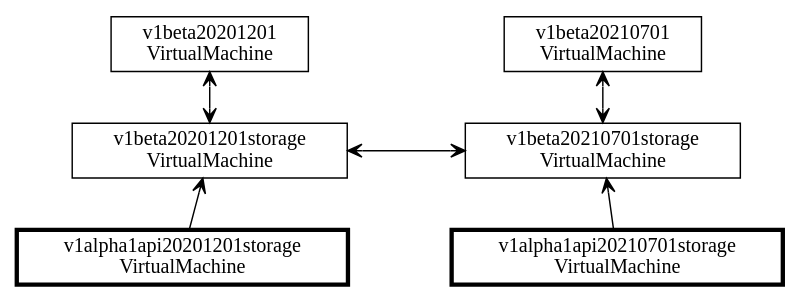
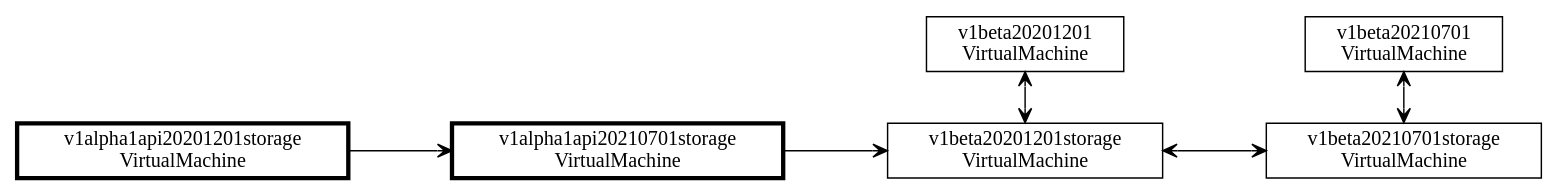
The diagram in docs/hugo/content/architecture-decision-records/images/adr-2022-02-backward-compatibility-multiple-version.dot (Azure/azure-service-operator), drawn with Graphviz before and after one commit. The commit also changed 3 other files, not shown here.

Commit message:
Update diagrams

```diff
--- a/docs/hugo/content/architecture-decision-records/images/adr-2022-02-backward-compatibility-multiple-version.dot
+++ b/docs/hugo/content/architecture-decision-records/images/adr-2022-02-backward-compatibility-multiple-version.dot
@@ -1,48 +1,44 @@
 graph {
     nodesep="1"
 
     subgraph apiVersions {
         rank=same;
 
         node [shape=rect]
         v1beta20201201 [label="v1beta20201201\nVirtualMachine"]
 
         node [shape=rect]
         v1beta20210701 [label="v1beta20210701\nVirtualMachine"]
     }
 
     subgraph storageVersions {
         rank=same;
 
         node [shape=rect]
         v1beta20201201storage [label="v1beta20201201storage\nVirtualMachine"]
 
         node [shape=rect]
         v1beta20210701storage [label="v1beta20210701storage\nVirtualMachine"]
-    }
-
-    subgraph compatVersions {
-        rank=same;
 
         node [shape=rect, penwidth=3]
         v1alpha1api20201201storage [label="v1alpha1api20201201storage\nVirtualMachine"]
 
         node [shape=rect, penwidth=3]
         v1alpha1api20210701storage [label="v1alpha1api20210701storage\nVirtualMachine"]
     }
 
     edge [arrowhead=vee, arrowtail=vee, dir=both]
     v1beta20201201 -- v1beta20201201storage
 
     edge [arrowhead=vee, arrowtail=vee, dir=both]
     v1beta20210701 -- v1beta20210701storage
 
     edge [arrowhead=vee, arrowtail=vee, dir=both]
     v1beta20201201storage -- v1beta20210701storage
 
-    edge [arrowhead=none, arrowtail=vee, dir=both]
-    v1beta20201201storage -- v1alpha1api20201201storage
+    edge [arrowhead=vee, arrowtail=none, dir=both]
+    v1alpha1api20201201storage -- v1alpha1api20210701storage
 
-    edge [arrowhead=none, arrowtail=vee, dir=both]
-    v1beta20210701storage -- v1alpha1api20210701storage
+    edge [arrowhead=vee, arrowtail=none, dir=both]
+    v1alpha1api20210701storage -- v1beta20201201storage
 }
```
